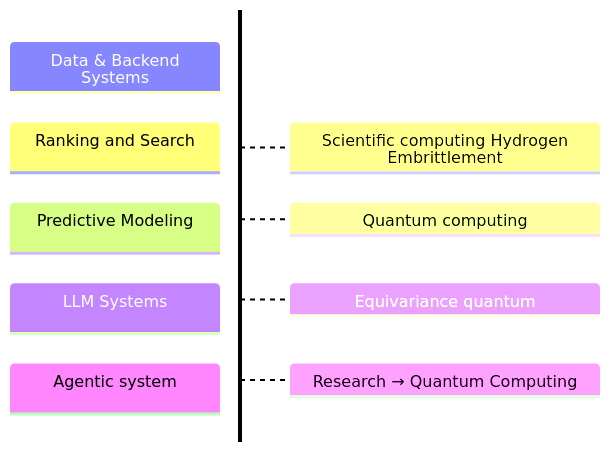
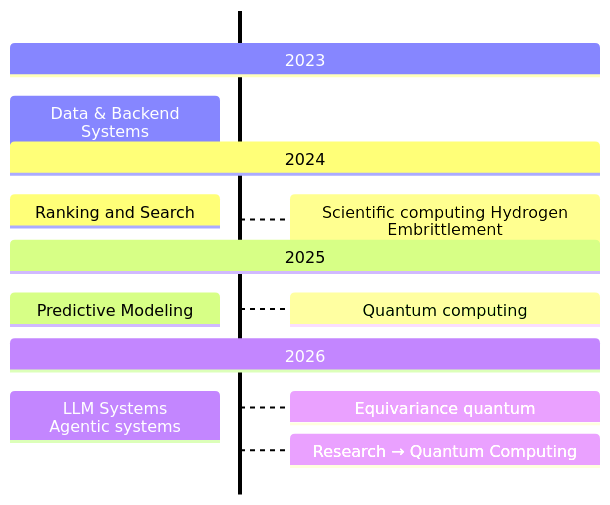
One commit to minhtriet/minhtriet.github.io changed the diagram in _pages/about.md. Above: the diagram before and after it, drawn with Mermaid.

```diff
--- a/_pages/about.md
+++ b/_pages/about.md
@@ -7,8 +7,11 @@
 <pre class="mermaid">
 timeline TD
+	section 2023
     Data & Backend Systems
+	section 2024
     Ranking and Search : Scientific computing Hydrogen Embrittlement
+	section 2025
     Predictive Modeling : Quantum computing
-    LLM Systems : Equivariance quantum
-    Agentic system : Research → Quantum Computing
+	section 2026
+    LLM Systems <br> Agentic systems : Equivariance quantum : Research → Quantum Computing
 </pre>
```
